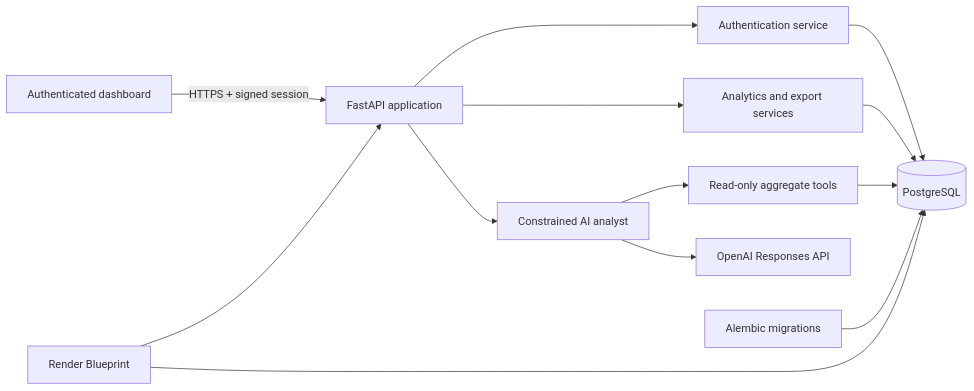
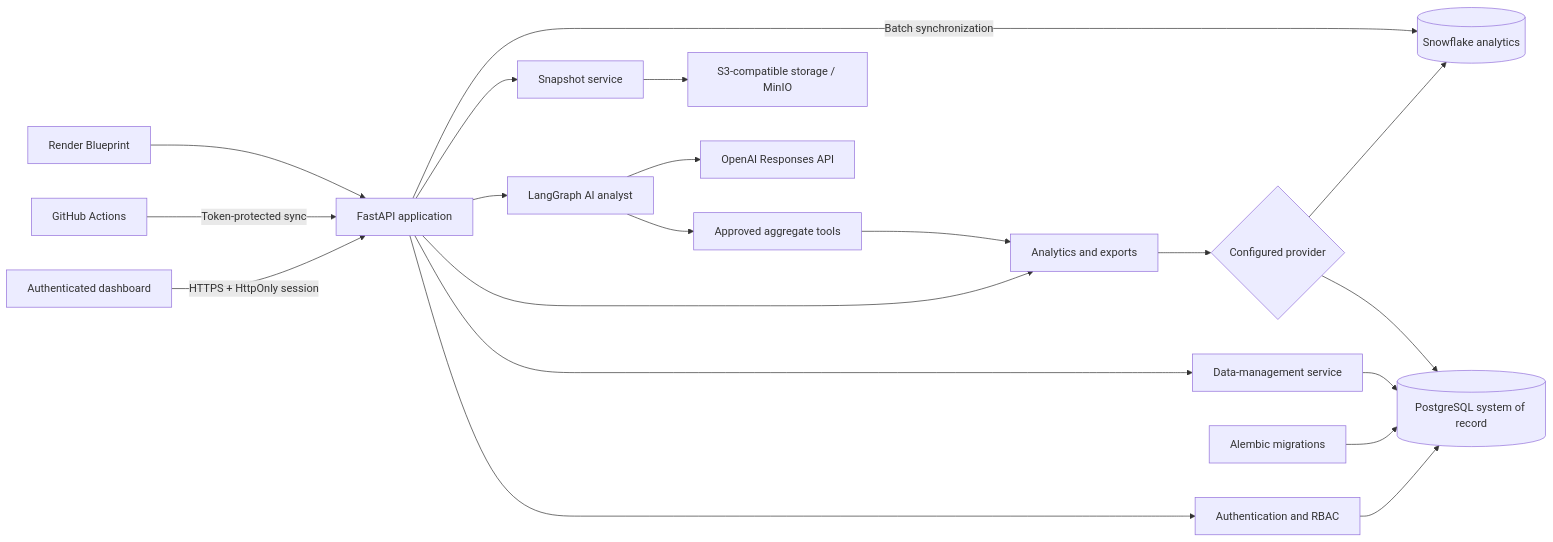
Before and after one commit to fetachino/loyalty-analytics-agent: the diagram in README.md, drawn with Mermaid. The commit also changed other lines of this file and 3 other files, not shown here.

````diff
--- a/README.md
+++ b/README.md
@@ -36,15 +41,22 @@
 ```mermaid
 flowchart LR
-    Browser["Authenticated dashboard"] -->|HTTPS + signed session| API["FastAPI application"]
-    API --> Auth["Authentication service"]
-    API --> Analytics["Analytics and export services"]
-    API --> Agent["Constrained AI analyst"]
-    Auth --> DB[("PostgreSQL")]
-    Analytics --> DB
-    Agent --> Tools["Read-only aggregate tools"]
-    Tools --> DB
+    Browser["Authenticated dashboard"] -->|HTTPS + HttpOnly session| API["FastAPI application"]
+    API --> Auth["Authentication and RBAC"]
+    API --> Admin["Data-management service"]
+    API --> Analytics["Analytics and exports"]
+    API --> Agent["LangGraph AI analyst"]
+    API --> Snapshots["Snapshot service"]
+    Auth --> PG[("PostgreSQL system of record")]
+    Admin --> PG
+    Agent --> Tools["Approved aggregate tools"]
+    Tools --> Analytics
+    Analytics --> Provider{"Configured provider"}
+    Provider --> PG
+    Provider --> SF[("Snowflake analytics")]
     Agent --> OpenAI["OpenAI Responses API"]
-    Alembic["Alembic migrations"] --> DB
+    Snapshots --> S3["S3-compatible storage / MinIO"]
+    GHA["GitHub Actions"] -->|Token-protected sync| API
+    API -->|Batch synchronization| SF
+    Alembic["Alembic migrations"] --> PG
     Render["Render Blueprint"] --> API
-    Render --> DB
 ```
````
